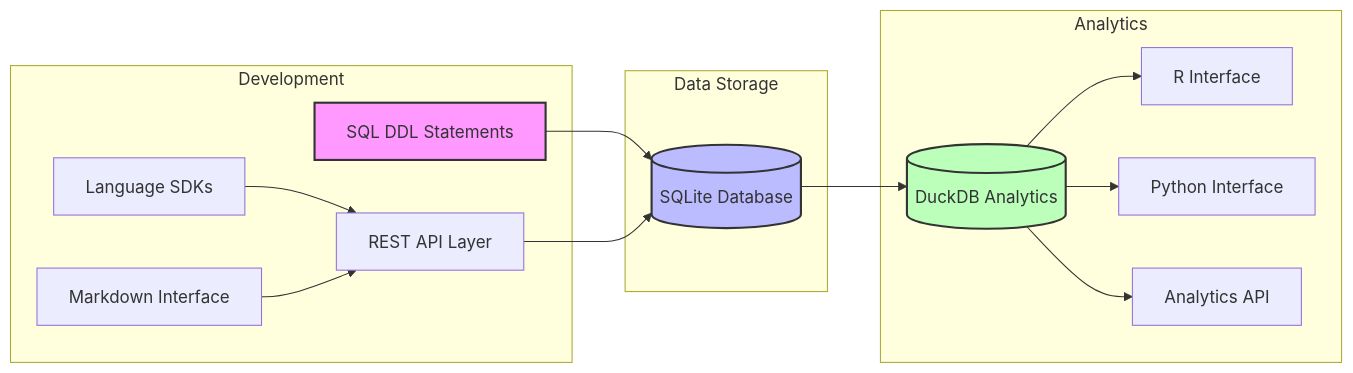
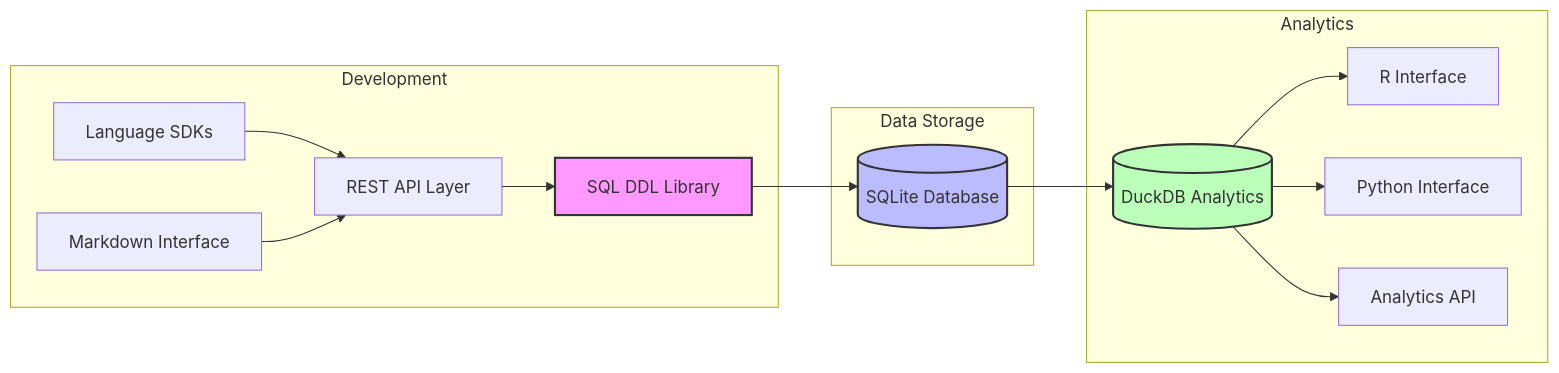
Before and after one commit to jacobmpeters/questSQL: the first of 5 diagrams in README.md, drawn with Mermaid. The commit also changed other lines of this file, not shown here.

Commit message:
docs: update pipeline diagram to show API connecting to DDL Library

````diff
--- a/README.md
+++ b/README.md
@@ -37,34 +37,34 @@
 ```mermaid
 graph LR
     subgraph Development
-        DDL[SQL DDL Statements]
+        DDL[SQL DDL Library]
         API[REST API Layer]
         SDK[Language SDKs]
         MD[Markdown Interface]
     end
 
     subgraph Data Storage
         SQLite[(SQLite Database)]
     end
 
     subgraph Analytics
         DuckDB[(DuckDB Analytics)]
         R[R Interface]
         Python[Python Interface]
         API2[Analytics API]
     end
 
     DDL --> SQLite
-    API --> SQLite
+    API --> DDL
     SDK --> API
     MD --> API
 
     SQLite --> DuckDB
     DuckDB --> R
     DuckDB --> Python
     DuckDB --> API2
 
     style DDL fill:#f9f,stroke:#333,stroke-width:2px
     style SQLite fill:#bbf,stroke:#333,stroke-width:2px
     style DuckDB fill:#bfb,stroke:#333,stroke-width:2px
 ```
````
